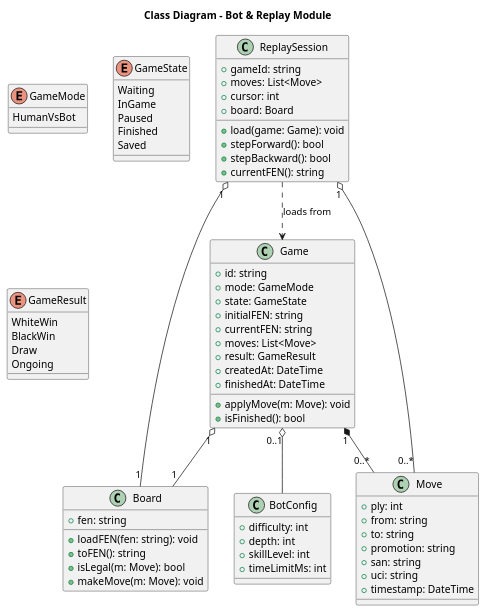
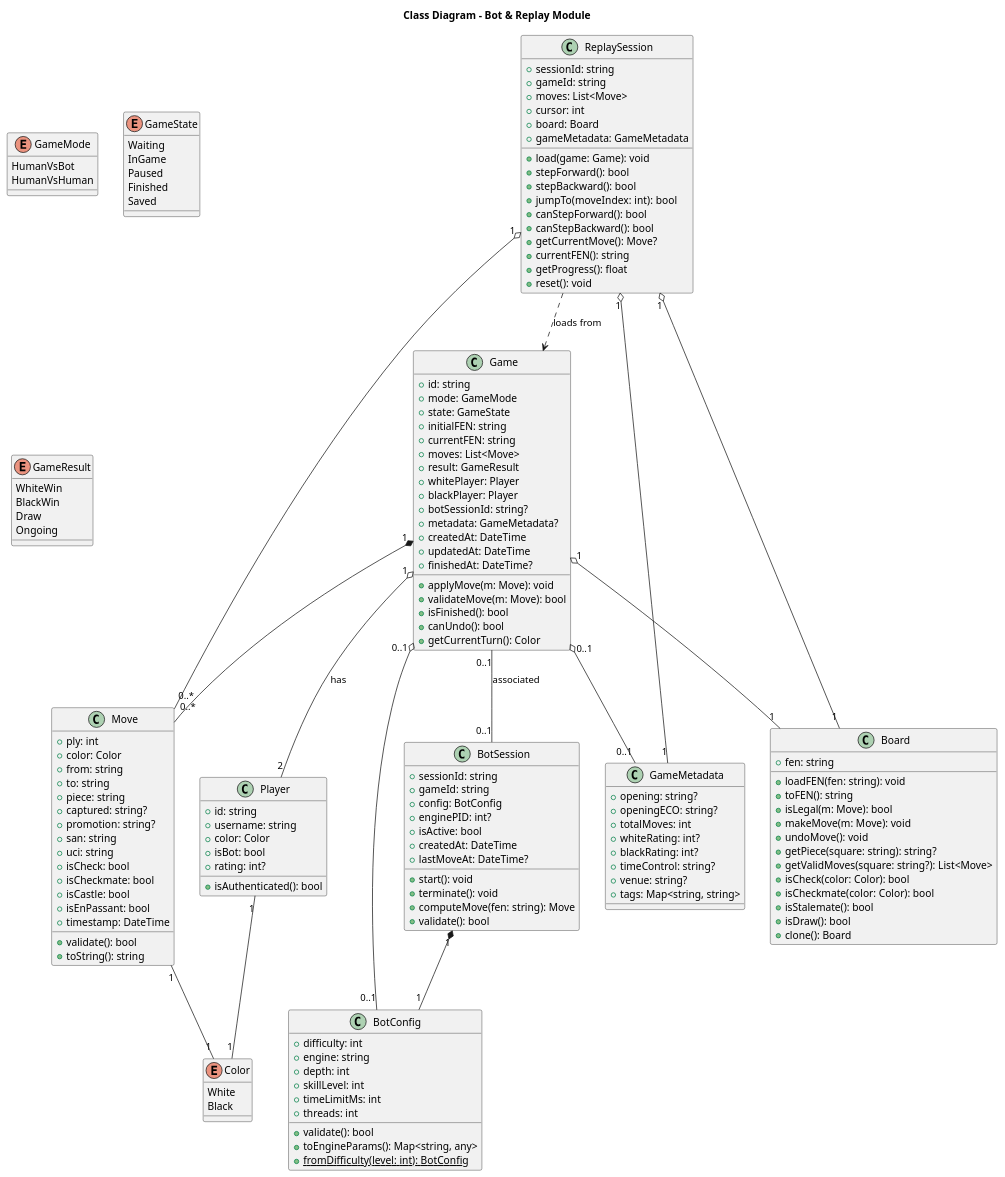
The diagram in UML PlayBot + Replay/Class_BotReplayModule.puml (Sagitoaz/ChessWeb), drawn with PlantUML before and after one commit. The commit also changed 2 other files, not shown here.

```diff
--- a/UML PlayBot + Replay/Class_BotReplayModule.puml
+++ b/UML PlayBot + Replay/Class_BotReplayModule.puml
@@ -1,79 +1,168 @@
 @startuml
 title Class Diagram - Bot & Replay Module
 
 class Game {
   +id: string
   +mode: GameMode
   +state: GameState
   +initialFEN: string
   +currentFEN: string
   +moves: List<Move>
   +result: GameResult
+  +whitePlayer: Player
+  +blackPlayer: Player
+  +botSessionId: string?
+  +metadata: GameMetadata?
   +createdAt: DateTime
-  +finishedAt: DateTime
+  +updatedAt: DateTime
+  +finishedAt: DateTime?
   +applyMove(m: Move): void
+  +validateMove(m: Move): bool
   +isFinished(): bool
+  +canUndo(): bool
+  +getCurrentTurn(): Color
 }
 
 enum GameMode { 
-    HumanVsBot 
+    HumanVsBot
+    HumanVsHuman
 }
+
 enum GameState { 
     Waiting 
     InGame 
     Paused 
     Finished 
     Saved 
 }
+
 enum GameResult { 
- WhiteWin
- BlackWin 
- Draw
-Ongoing
- }
+    WhiteWin
+    BlackWin 
+    Draw
+    Ongoing
+}
+
+enum Color {
+    White
+    Black
+}
 
 class Move {
   +ply: int
+  +color: Color
   +from: string
   +to: string
-  +promotion: string
+  +piece: string
+  +captured: string?
+  +promotion: string?
   +san: string
   +uci: string
+  +isCheck: bool
+  +isCheckmate: bool
+  +isCastle: bool
+  +isEnPassant: bool
   +timestamp: DateTime
+  +validate(): bool
+  +toString(): string
 }
 
 class Board {
   +fen: string
   +loadFEN(fen: string): void
   +toFEN(): string
   +isLegal(m: Move): bool
   +makeMove(m: Move): void
+  +undoMove(): void
+  +getPiece(square: string): string?
+  +getValidMoves(square: string?): List<Move>
+  +isCheck(color: Color): bool
+  +isCheckmate(color: Color): bool
+  +isStalemate(): bool
+  +isDraw(): bool
+  +clone(): Board
 }
 
 class BotConfig {
   +difficulty: int
+  +engine: string
   +depth: int
   +skillLevel: int
   +timeLimitMs: int
+  +threads: int
+  +validate(): bool
+  +toEngineParams(): Map<string, any>
+  {static} +fromDifficulty(level: int): BotConfig
 }
 
 class ReplaySession {
+  +sessionId: string
   +gameId: string
   +moves: List<Move>
   +cursor: int
   +board: Board
+  +gameMetadata: GameMetadata
   +load(game: Game): void
   +stepForward(): bool
   +stepBackward(): bool
+  +jumpTo(moveIndex: int): bool
+  +canStepForward(): bool
+  +canStepBackward(): bool
+  +getCurrentMove(): Move?
   +currentFEN(): string
+  +getProgress(): float
+  +reset(): void
+}
+
+class Player {
+  +id: string
+  +username: string
+  +color: Color
+  +isBot: bool
+  +rating: int?
+  +isAuthenticated(): bool
+}
+
+class BotSession {
+  +sessionId: string
+  +gameId: string
+  +config: BotConfig
+  +enginePID: int?
+  +isActive: bool
+  +createdAt: DateTime
+  +lastMoveAt: DateTime?
+  +start(): void
+  +terminate(): void
+  +computeMove(fen: string): Move
+  +validate(): bool
+}
+
+class GameMetadata {
+  +opening: string?
+  +openingECO: string?
+  +totalMoves: int
+  +whiteRating: int?
+  +blackRating: int?
+  +timeControl: string?
+  +venue: string?
+  +tags: Map<string, string>
 }
 
 Game "1" o-- "1" Board
 Game "1" *-- "0..*" Move
-Game "0..1" o-- BotConfig
+Game "1" o-- "2" Player : has
+Game "0..1" o-- "0..1" BotConfig
+Game "0..1" o-- "0..1" GameMetadata
+Game "0..1" -- "0..1" BotSession : associated
+
+Move "1" -- "1" Color
+Player "1" -- "1" Color
+
+BotSession "1" *-- "1" BotConfig
 
 ReplaySession "1" o-- "1" Board
 ReplaySession "1" o-- "0..*" Move
+ReplaySession "1" o-- "1" GameMetadata
 ReplaySession ..> Game : loads from
 
 @enduml
```
